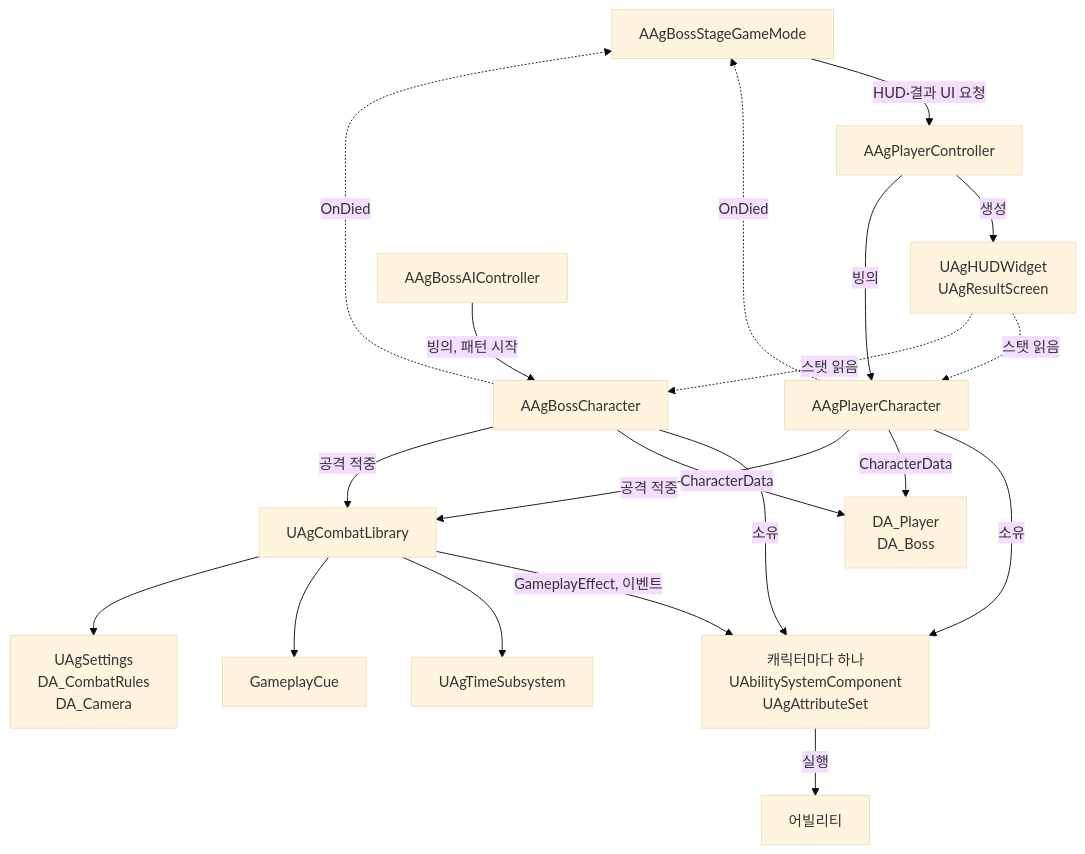
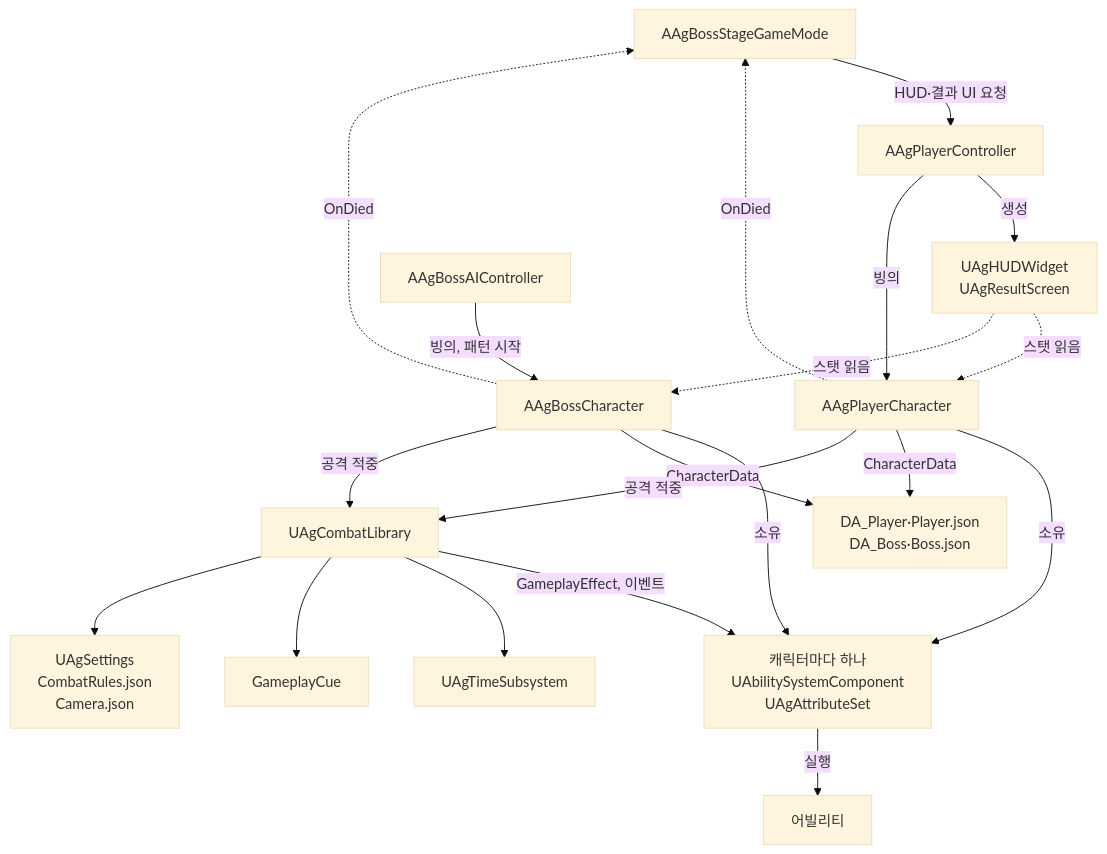
The first of 19 diagrams in Docs/Program/클래스 구조도.md (Woogl/Ag), drawn with Mermaid (base theme) before and after one commit. The commit also changed other lines of this file and 36 other files, not shown here.

````diff
--- a/Docs/Program/클래스 구조도.md
+++ b/Docs/Program/클래스 구조도.md
@@ -24,29 +24,29 @@
 ```mermaid
 flowchart TB
     GM["AAgBossStageGameMode"]
     PC["AAgPlayerController"]
     UI["UAgHUDWidget<br>UAgResultScreen"]
     Player["AAgPlayerCharacter"]
     Boss["AAgBossCharacter"]
     AI["AAgBossAIController"]
     ASC["캐릭터마다 하나<br>UAbilitySystemComponent<br>UAgAttributeSet"]
     GA["어빌리티"]
-    CharData["DA_Player<br>DA_Boss"]
+    CharData["DA_Player·Player.json<br>DA_Boss·Boss.json"]
     Lib["UAgCombatLibrary"]
     Time["UAgTimeSubsystem"]
     Cue["GameplayCue"]
-    Shared["UAgSettings<br>DA_CombatRules<br>DA_Camera"]
+    Shared["UAgSettings<br>CombatRules.json<br>Camera.json"]
 
     GM -->|HUD·결과 UI 요청| PC
     PC -->|생성| UI
     PC -->|빙의| Player
     AI -->|빙의, 패턴 시작| Boss
     Player & Boss -->|소유| ASC
     ASC -->|실행| GA
     Player & Boss -->|CharacterData| CharData
     Player & Boss -->|공격 적중| Lib
     Lib -->|GameplayEffect, 이벤트| ASC
     Lib --> Time & Cue & Shared
     UI -.->|스탯 읽음| Player & Boss
     Player & Boss -.->|OnDied| GM
 ```
````
